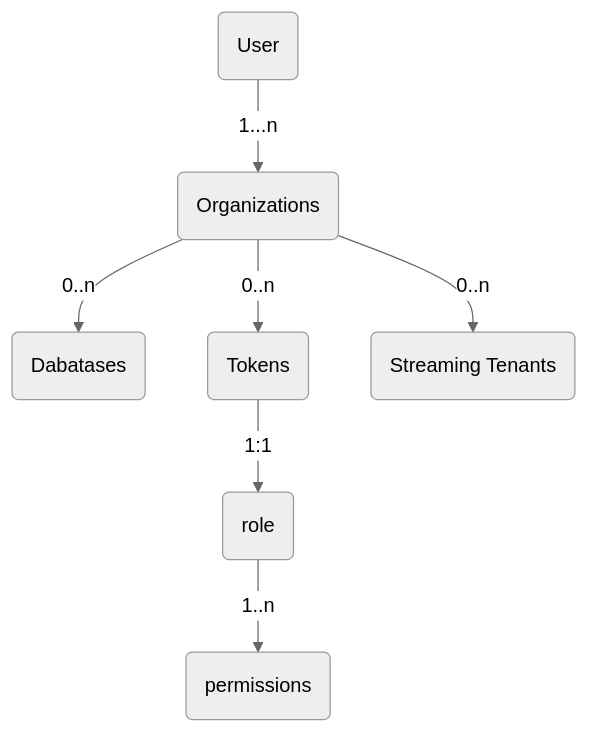
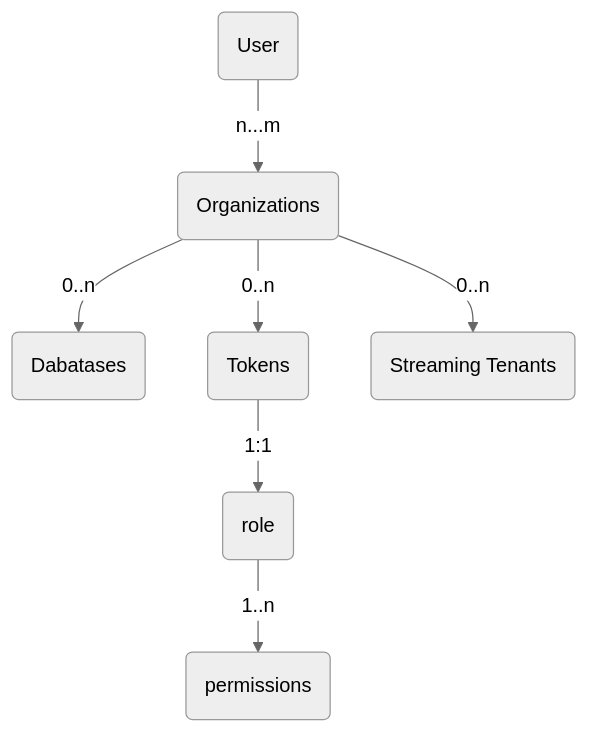
Before and after one commit to awesome-astra/docs: the diagram in docs/pages/astra/create-token.md, drawn with Mermaid (neutral theme).

````diff
--- a/docs/pages/astra/create-token.md
+++ b/docs/pages/astra/create-token.md
@@ -15,9 +15,9 @@
 ```mermaid
   graph TD
-    USER(User) -->|1...n|ORG(Organizations)
+    USER(User) -->|n...m|ORG(Organizations)
     ORG -->|0..n|DB(Dabatases)
     ORG -->|0..n|TOKEN(Tokens)
     ORG -->|0..n|STR(Streaming Tenants)
     TOKEN-->|1:1|ROLE(role)
     ROLE-->|1..n|PERMISSIONS(permissions)
 ```
````
